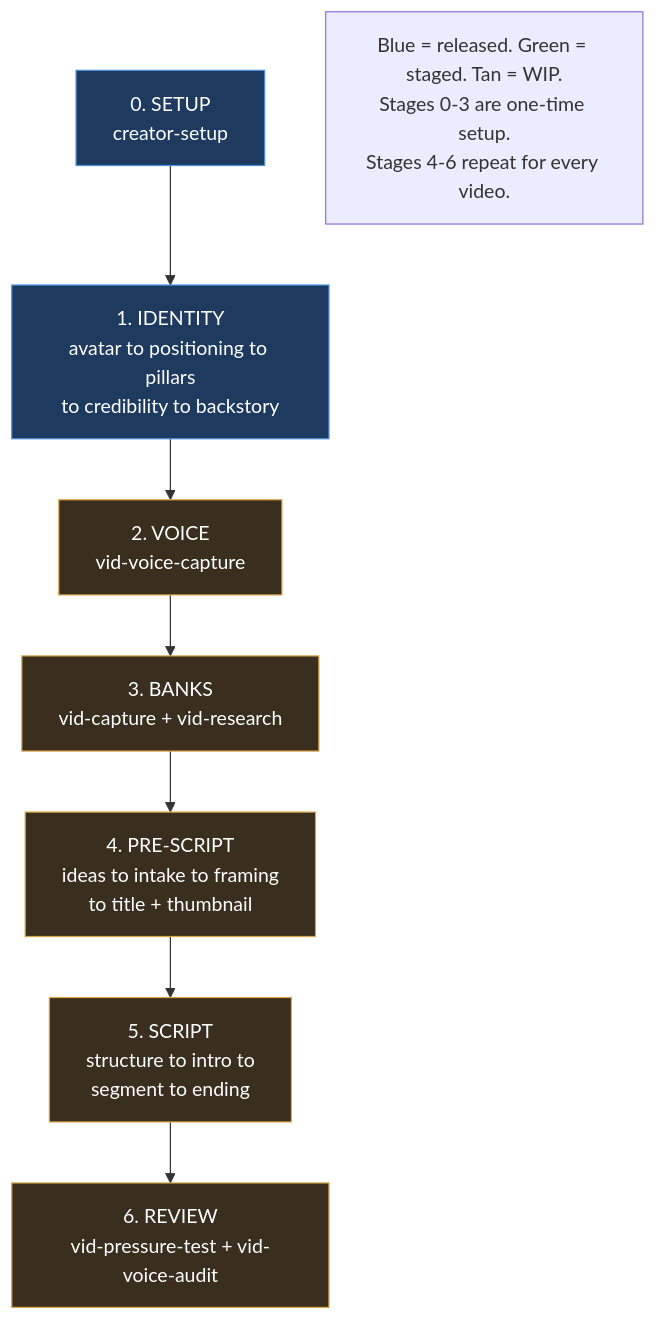
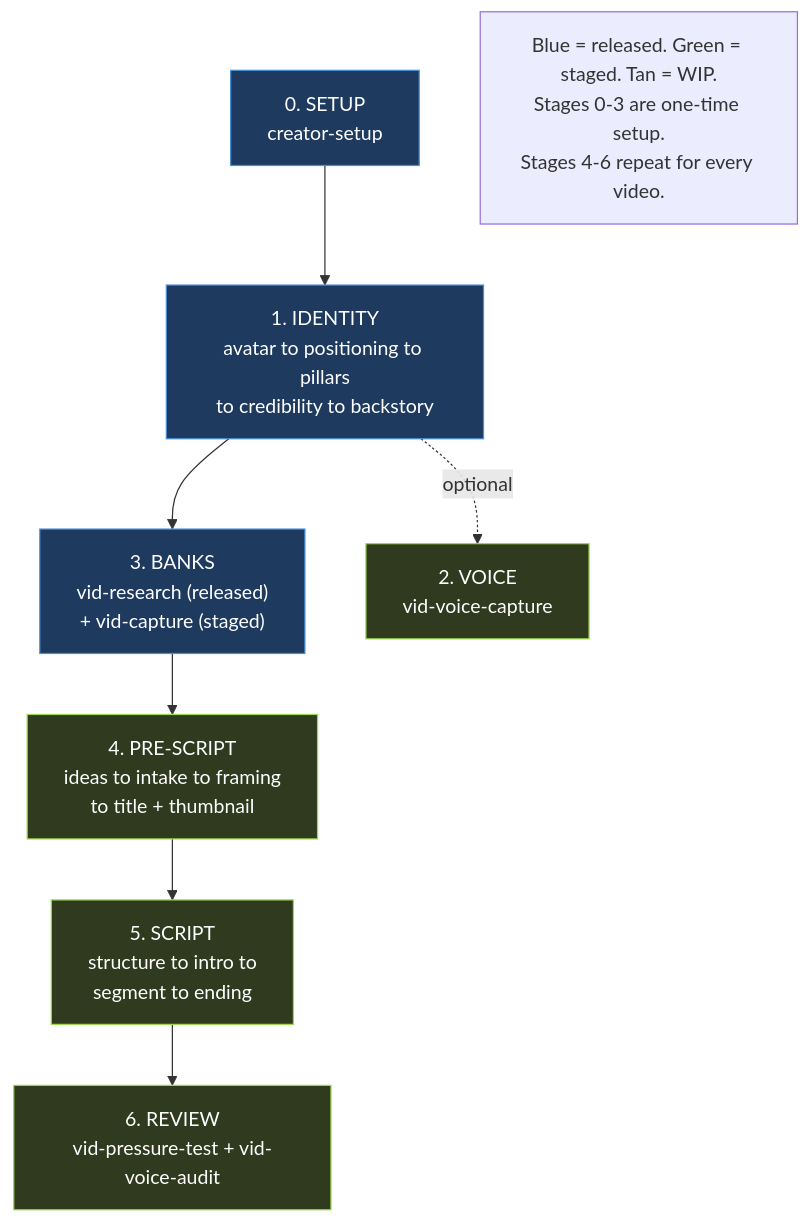
The first of 2 diagrams in documents/SYSTEM-MAP.md (BillyRybka/authentic-ai-os), drawn with Mermaid before and after one commit. The commit also changed other lines of this file and 38 other files, not shown here.

First line of the commit message:
checkpoint: in-flight vid-intake/vid-title/framing/pipeline + docs/tests

````diff
--- a/documents/SYSTEM-MAP.md
+++ b/documents/SYSTEM-MAP.md
@@ -25,18 +27,19 @@
 ```mermaid
 flowchart TD
     classDef released fill:#1e3a5f,stroke:#4a90d9,color:#fff
     classDef staged fill:#2f3a1e,stroke:#9bd94a,color:#fff
     classDef wip fill:#3a2f1e,stroke:#d9a64a,color:#fff
 
     A["0. SETUP<br/>creator-setup"]:::released
     B["1. IDENTITY<br/>avatar to positioning to pillars<br/>to credibility to backstory"]:::released
-    C["2. VOICE<br/>vid-voice-capture"]:::wip
-    D["3. BANKS<br/>vid-capture + vid-research"]:::wip
-    E["4. PRE-SCRIPT<br/>ideas to intake to framing<br/>to title + thumbnail"]:::wip
-    F["5. SCRIPT<br/>structure to intro to<br/>segment to ending"]:::wip
-    G["6. REVIEW<br/>vid-pressure-test + vid-voice-audit"]:::wip
+    D["3. BANKS<br/>vid-research (released)<br/>+ vid-capture (staged)"]:::released
+    C["2. VOICE<br/>vid-voice-capture"]:::staged
+    E["4. PRE-SCRIPT<br/>ideas to intake to framing<br/>to title + thumbnail"]:::staged
+    F["5. SCRIPT<br/>structure to intro to<br/>segment to ending"]:::staged
+    G["6. REVIEW<br/>vid-pressure-test + vid-voice-audit"]:::staged
 
-    A --> B --> C --> D --> E --> F --> G
+    A --> B --> D --> E --> F --> G
+    B -.optional.-> C
 
     note["Blue = released. Green = staged. Tan = WIP.<br/>Stages 0-3 are one-time setup.<br/>Stages 4-6 repeat for every video."]
 ```
````
